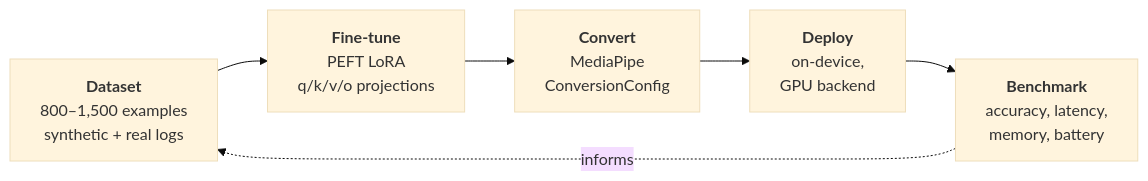
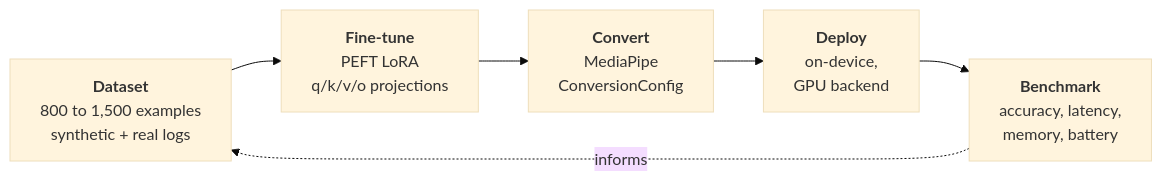
One commit to flambeauRiverTours/dailyDriver changed the diagram in website/ml-pipeline.md. Above: the diagram before and after it, drawn with Mermaid (base theme). The commit also changed other lines of this file and 6 other files, not shown here.

````diff
--- a/website/ml-pipeline.md
+++ b/website/ml-pipeline.md
@@ -19,11 +19,11 @@
 ```mermaid
 flowchart LR
-    D["<b>Dataset</b><br/>800–1,500 examples<br/>synthetic + real logs"]
+    D["<b>Dataset</b><br/>800 to 1,500 examples<br/>synthetic + real logs"]
     T["<b>Fine-tune</b><br/>PEFT LoRA<br/>q/k/v/o projections"]
     Q["<b>Convert</b><br/>MediaPipe<br/>ConversionConfig"]
     S["<b>Deploy</b><br/>on-device,<br/>GPU backend"]
     B["<b>Benchmark</b><br/>accuracy, latency,<br/>memory, battery"]
 
     D --> T --> Q --> S --> B
     B -.->|"informs"| D
 ```
````
